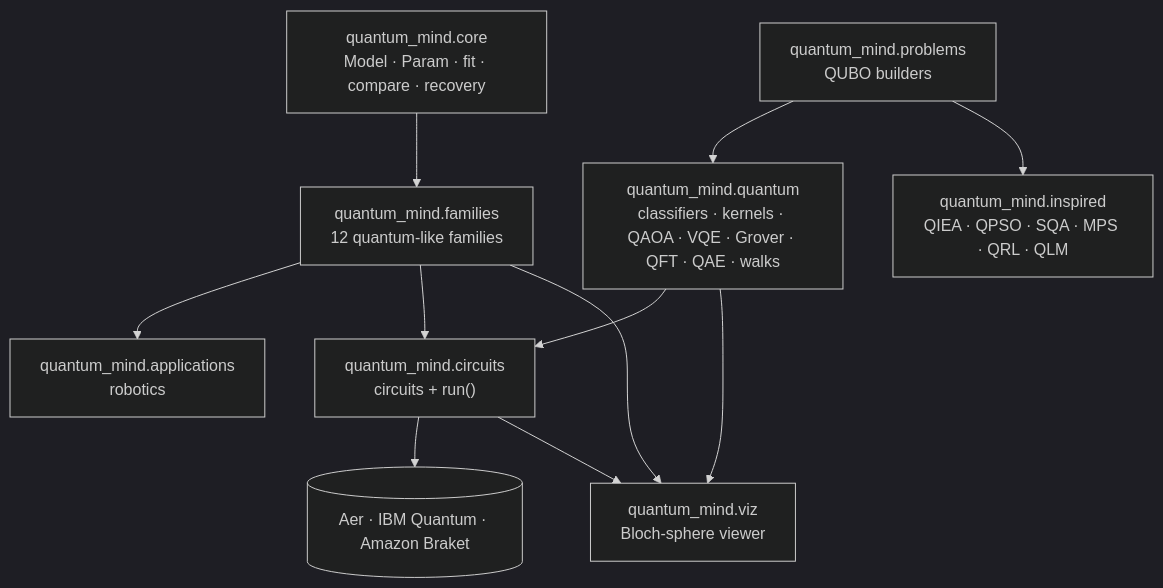
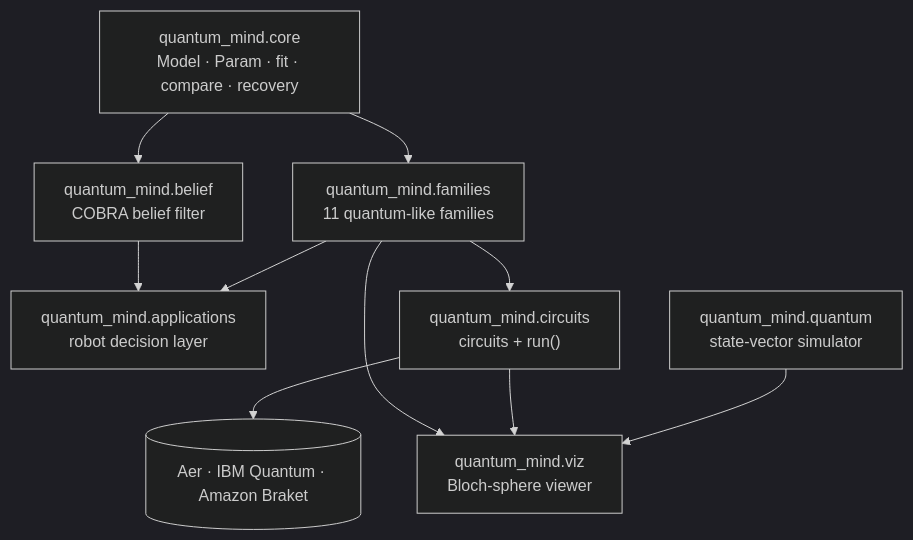
Before and after one commit to yeshwanthguru/Quantum-mind: the diagram in docs/user_guide/index.md, drawn with Mermaid (dark theme). The commit also changed other lines of this file and 182 other files, not shown here.

First line of the commit message:
Rebuild the library around quantum-probability cognition for robotics

````diff
--- a/docs/user_guide/index.md
+++ b/docs/user_guide/index.md
@@ -6,21 +6,17 @@
 ```{mermaid}
 flowchart TB
     core["quantum_mind.core<br/>Model · Param · fit · compare · recovery"]
-    fam["quantum_mind.families<br/>12 quantum-like families"]
-    app["quantum_mind.applications<br/>robotics"]
-    prob["quantum_mind.problems<br/>QUBO builders"]
-    qm["quantum_mind.quantum<br/>classifiers · kernels · QAOA · VQE · Grover · QFT · QAE · walks"]
-    ins["quantum_mind.inspired<br/>QIEA · QPSO · SQA · MPS · QRL · QLM"]
+    fam["quantum_mind.families<br/>11 quantum-like families"]
+    bel["quantum_mind.belief<br/>COBRA belief filter"]
+    app["quantum_mind.applications<br/>robot decision layer"]
     circ["quantum_mind.circuits<br/>circuits + run()"]
+    sim["quantum_mind.quantum<br/>state-vector simulator"]
     viz["quantum_mind.viz<br/>Bloch-sphere viewer"]
     hw[("Aer · IBM Quantum · Amazon Braket")]
     core --> fam --> app
-    fam --> circ
-    prob --> qm
-    prob --> ins
-    qm --> circ
-    circ --> hw
+    core --> bel --> app
+    fam --> circ --> hw
+    sim --> viz
+    circ --> viz
     fam --> viz
-    qm --> viz
-    circ --> viz
 ```
````
